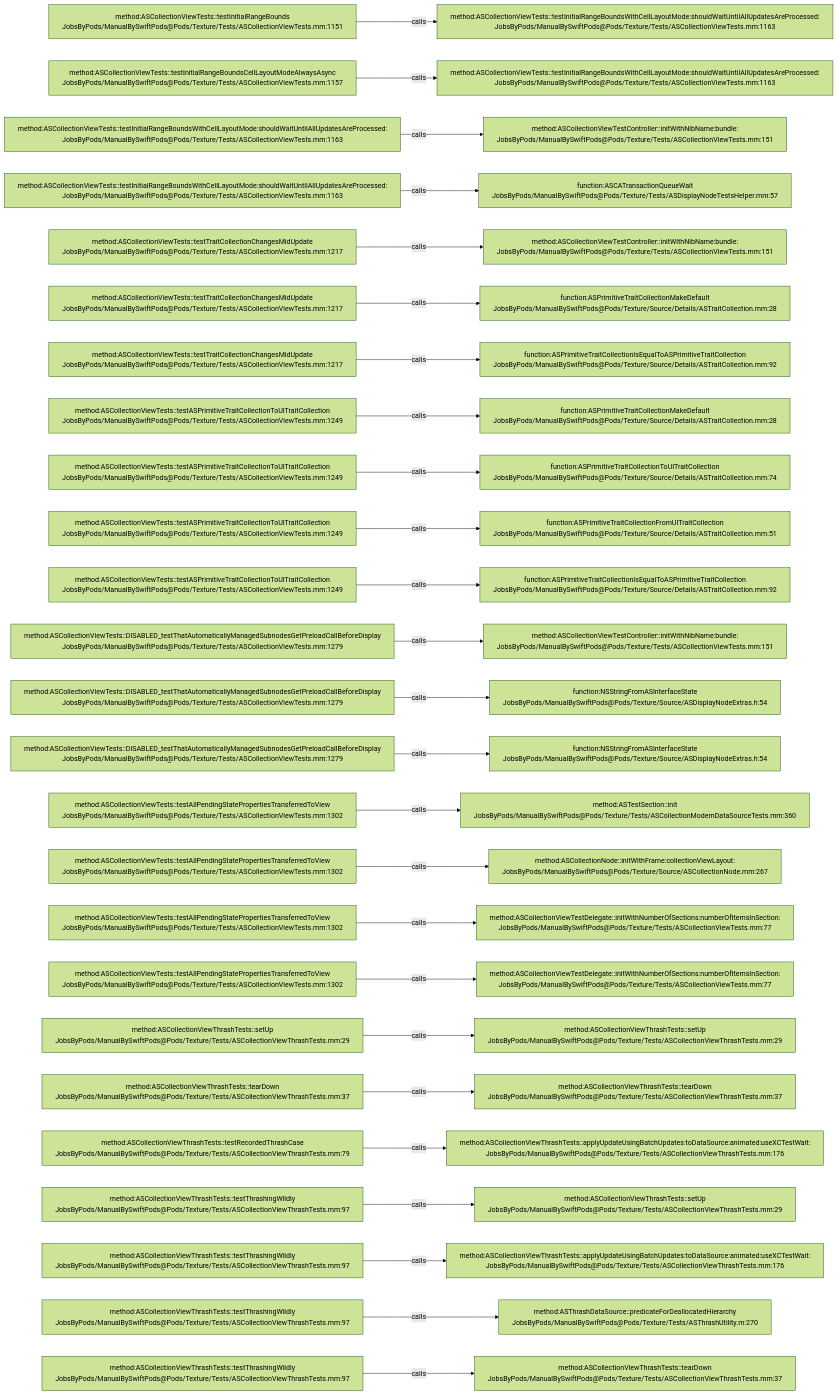
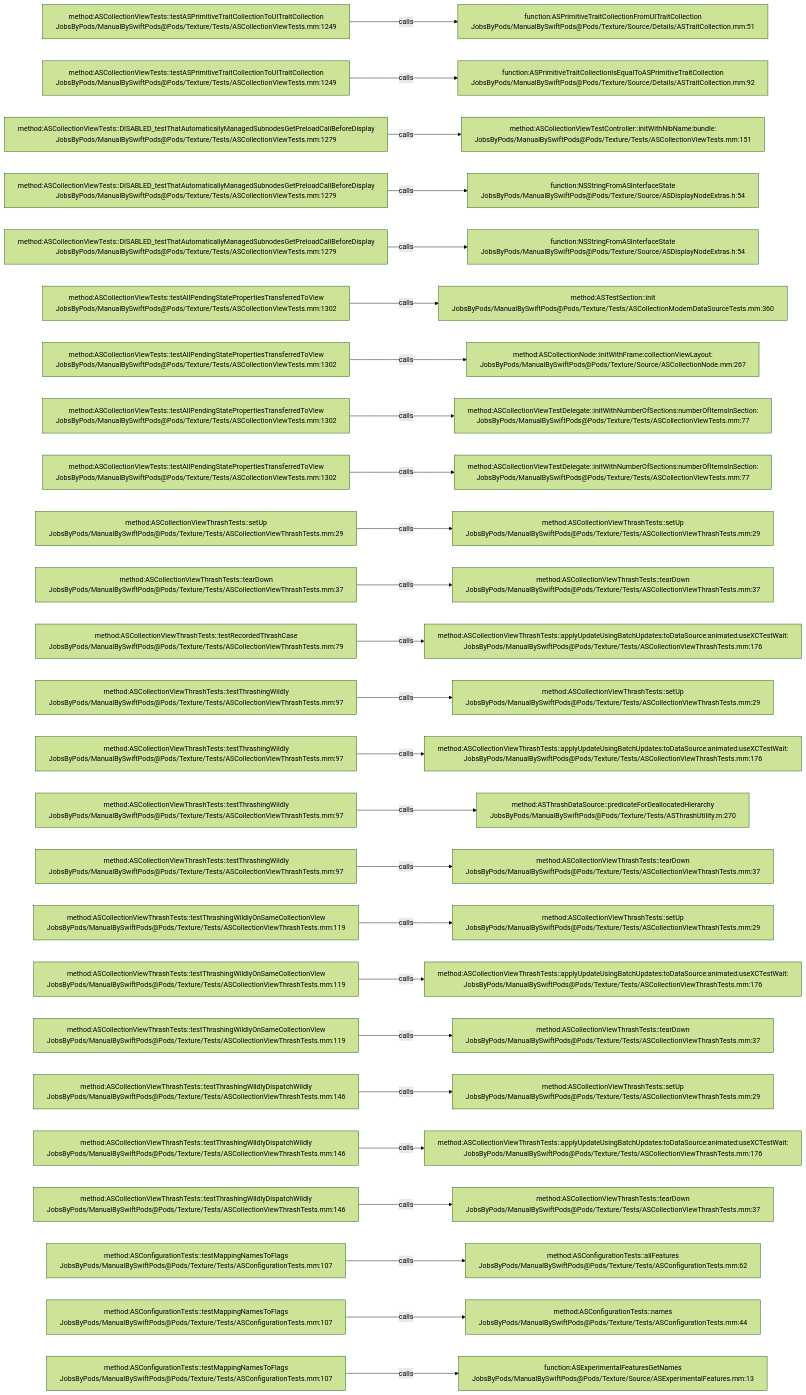
Before and after one commit to JobsKits/JobsSwiftBaseConfigDemo: the diagram in .codegraph/codegraph.md/graphs/calls-174.md, drawn with Mermaid (forest theme). The commit also changed 707 other files, not shown here.

````diff
--- a/.codegraph/codegraph.md/graphs/calls-174.md
+++ b/.codegraph/codegraph.md/graphs/calls-174.md
@@ -13,78 +13,78 @@
 ```mermaid
 flowchart LR
-  S1["method:ASCollectionViewTests::testInitialRangeBounds<br/>JobsByPods/ManualBySwiftPods@Pods/Texture/Tests/ASCollectionViewTests.mm:1151"]
-  T1["method:ASCollectionViewTests::testInitialRangeBoundsWithCellLayoutMode:shouldWaitUntilAllUpdatesAreProcessed:<br/>JobsByPods/ManualBySwiftPods@Pods/Texture/Tests/ASCollectionViewTests.mm:1163"]
+  S1["method:ASCollectionViewTests::testASPrimitiveTraitCollectionToUITraitCollection<br/>JobsByPods/ManualBySwiftPods@Pods/Texture/Tests/ASCollectionViewTests.mm:1249"]
+  T1["function:ASPrimitiveTraitCollectionFromUITraitCollection<br/>JobsByPods/ManualBySwiftPods@Pods/Texture/Source/Details/ASTraitCollection.mm:51"]
   S1 -->|calls| T1
-  S2["method:ASCollectionViewTests::testInitialRangeBoundsCellLayoutModeAlwaysAsync<br/>JobsByPods/ManualBySwiftPods@Pods/Texture/Tests/ASCollectionViewTests.mm:1157"]
-  T2["method:ASCollectionViewTests::testInitialRangeBoundsWithCellLayoutMode:shouldWaitUntilAllUpdatesAreProcessed:<br/>JobsByPods/ManualBySwiftPods@Pods/Texture/Tests/ASCollectionViewTests.mm:1163"]
+  S2["method:ASCollectionViewTests::testASPrimitiveTraitCollectionToUITraitCollection<br/>JobsByPods/ManualBySwiftPods@Pods/Texture/Tests/ASCollectionViewTests.mm:1249"]
+  T2["function:ASPrimitiveTraitCollectionIsEqualToASPrimitiveTraitCollection<br/>JobsByPods/ManualBySwiftPods@Pods/Texture/Source/Details/ASTraitCollection.mm:92"]
   S2 -->|calls| T2
-  S3["method:ASCollectionViewTests::testInitialRangeBoundsWithCellLayoutMode:shouldWaitUntilAllUpdatesAreProcessed:<br/>JobsByPods/ManualBySwiftPods@Pods/Texture/Tests/ASCollectionViewTests.mm:1163"]
+  S3["method:ASCollectionViewTests::DISABLED_testThatAutomaticallyManagedSubnodesGetPreloadCallBeforeDisplay<br/>JobsByPods/ManualBySwiftPods@Pods/Texture/Tests/ASCollectionViewTests.mm:1279"]
   T3["method:ASCollectionViewTestController::initWithNibName:bundle:<br/>JobsByPods/ManualBySwiftPods@Pods/Texture/Tests/ASCollectionViewTests.mm:151"]
   S3 -->|calls| T3
-  S4["method:ASCollectionViewTests::testInitialRangeBoundsWithCellLayoutMode:shouldWaitUntilAllUpdatesAreProcessed:<br/>JobsByPods/ManualBySwiftPods@Pods/Texture/Tests/ASCollectionViewTests.mm:1163"]
-  T4["function:ASCATransactionQueueWait<br/>JobsByPods/ManualBySwiftPods@Pods/Texture/Tests/ASDisplayNodeTestsHelper.mm:57"]
+  S4["method:ASCollectionViewTests::DISABLED_testThatAutomaticallyManagedSubnodesGetPreloadCallBeforeDisplay<br/>JobsByPods/ManualBySwiftPods@Pods/Texture/Tests/ASCollectionViewTests.mm:1279"]
+  T4["function:NSStringFromASInterfaceState<br/>JobsByPods/ManualBySwiftPods@Pods/Texture/Source/ASDisplayNodeExtras.h:54"]
   S4 -->|calls| T4
-  S5["method:ASCollectionViewTests::testTraitCollectionChangesMidUpdate<br/>JobsByPods/ManualBySwiftPods@Pods/Texture/Tests/ASCollectionViewTests.mm:1217"]
-  T5["method:ASCollectionViewTestController::initWithNibName:bundle:<br/>JobsByPods/ManualBySwiftPods@Pods/Texture/Tests/ASCollectionViewTests.mm:151"]
+  S5["method:ASCollectionViewTests::DISABLED_testThatAutomaticallyManagedSubnodesGetPreloadCallBeforeDisplay<br/>JobsByPods/ManualBySwiftPods@Pods/Texture/Tests/ASCollectionViewTests.mm:1279"]
+  T5["function:NSStringFromASInterfaceState<br/>JobsByPods/ManualBySwiftPods@Pods/Texture/Source/ASDisplayNodeExtras.h:54"]
   S5 -->|calls| T5
-  S6["method:ASCollectionViewTests::testTraitCollectionChangesMidUpdate<br/>JobsByPods/ManualBySwiftPods@Pods/Texture/Tests/ASCollectionViewTests.mm:1217"]
-  T6["function:ASPrimitiveTraitCollectionMakeDefault<br/>JobsByPods/ManualBySwiftPods@Pods/Texture/Source/Details/ASTraitCollection.mm:28"]
+  S6["method:ASCollectionViewTests::testAllPendingStatePropertiesTransferredToView<br/>JobsByPods/ManualBySwiftPods@Pods/Texture/Tests/ASCollectionViewTests.mm:1302"]
+  T6["method:ASTestSection::init<br/>JobsByPods/ManualBySwiftPods@Pods/Texture/Tests/ASCollectionModernDataSourceTests.mm:360"]
   S6 -->|calls| T6
-  S7["method:ASCollectionViewTests::testTraitCollectionChangesMidUpdate<br/>JobsByPods/ManualBySwiftPods@Pods/Texture/Tests/ASCollectionViewTests.mm:1217"]
-  T7["function:ASPrimitiveTraitCollectionIsEqualToASPrimitiveTraitCollection<br/>JobsByPods/ManualBySwiftPods@Pods/Texture/Source/Details/ASTraitCollection.mm:92"]
+  S7["method:ASCollectionViewTests::testAllPendingStatePropertiesTransferredToView<br/>JobsByPods/ManualBySwiftPods@Pods/Texture/Tests/ASCollectionViewTests.mm:1302"]
+  T7["method:ASCollectionNode::initWithFrame:collectionViewLayout:<br/>JobsByPods/ManualBySwiftPods@Pods/Texture/Source/ASCollectionNode.mm:267"]
   S7 -->|calls| T7
-  S8["method:ASCollectionViewTests::testASPrimitiveTraitCollectionToUITraitCollection<br/>JobsByPods/ManualBySwiftPods@Pods/Texture/Tests/ASCollectionViewTests.mm:1249"]
-  T8["function:ASPrimitiveTraitCollectionMakeDefault<br/>JobsByPods/ManualBySwiftPods@Pods/Texture/Source/Details/ASTraitCollection.mm:28"]
+  S8["method:ASCollectionViewTests::testAllPendingStatePropertiesTransferredToView<br/>JobsByPods/ManualBySwiftPods@Pods/Texture/Tests/ASCollectionViewTests.mm:1302"]
+  T8["method:ASCollectionViewTestDelegate::initWithNumberOfSections:numberOfItemsInSection:<br/>JobsByPods/ManualBySwiftPods@Pods/Texture/Tests/ASCollectionViewTests.mm:77"]
   S8 -->|calls| T8
-  S9["method:ASCollectionViewTests::testASPrimitiveTraitCollectionToUITraitCollection<br/>JobsByPods/ManualBySwiftPods@Pods/Texture/Tests/ASCollectionViewTests.mm:1249"]
-  T9["function:ASPrimitiveTraitCollectionToUITraitCollection<br/>JobsByPods/ManualBySwiftPods@Pods/Texture/Source/Details/ASTraitCollection.mm:74"]
+  S9["method:ASCollectionViewTests::testAllPendingStatePropertiesTransferredToView<br/>JobsByPods/ManualBySwiftPods@Pods/Texture/Tests/ASCollectionViewTests.mm:1302"]
+  T9["method:ASCollectionViewTestDelegate::initWithNumberOfSections:numberOfItemsInSection:<br/>JobsByPods/ManualBySwiftPods@Pods/Texture/Tests/ASCollectionViewTests.mm:77"]
   S9 -->|calls| T9
-  S10["method:ASCollectionViewTests::testASPrimitiveTraitCollectionToUITraitCollection<br/>JobsByPods/ManualBySwiftPods@Pods/Texture/Tests/ASCollectionViewTests.mm:1249"]
-  T10["function:ASPrimitiveTraitCollectionFromUITraitCollection<br/>JobsByPods/ManualBySwiftPods@Pods/Texture/Source/Details/ASTraitCollection.mm:51"]
+  S10["method:ASCollectionViewThrashTests::setUp<br/>JobsByPods/ManualBySwiftPods@Pods/Texture/Tests/ASCollectionViewThrashTests.mm:29"]
+  T10["method:ASCollectionViewThrashTests::setUp<br/>JobsByPods/ManualBySwiftPods@Pods/Texture/Tests/ASCollectionViewThrashTests.mm:29"]
   S10 -->|calls| T10
-  S11["method:ASCollectionViewTests::testASPrimitiveTraitCollectionToUITraitCollection<br/>JobsByPods/ManualBySwiftPods@Pods/Texture/Tests/ASCollectionViewTests.mm:1249"]
-  T11["function:ASPrimitiveTraitCollectionIsEqualToASPrimitiveTraitCollection<br/>JobsByPods/ManualBySwiftPods@Pods/Texture/Source/Details/ASTraitCollection.mm:92"]
+  S11["method:ASCollectionViewThrashTests::tearDown<br/>JobsByPods/ManualBySwiftPods@Pods/Texture/Tests/ASCollectionViewThrashTests.mm:37"]
+  T11["method:ASCollectionViewThrashTests::tearDown<br/>JobsByPods/ManualBySwiftPods@Pods/Texture/Tests/ASCollectionViewThrashTests.mm:37"]
   S11 -->|calls| T11
-  S12["method:ASCollectionViewTests::DISABLED_testThatAutomaticallyManagedSubnodesGetPreloadCallBeforeDisplay<br/>JobsByPods/ManualBySwiftPods@Pods/Texture/Tests/ASCollectionViewTests.mm:1279"]
-  T12["method:ASCollectionViewTestController::initWithNibName:bundle:<br/>JobsByPods/ManualBySwiftPods@Pods/Texture/Tests/ASCollectionViewTests.mm:151"]
+  S12["method:ASCollectionViewThrashTests::testRecordedThrashCase<br/>JobsByPods/ManualBySwiftPods@Pods/Texture/Tests/ASCollectionViewThrashTests.mm:79"]
+  T12["method:ASCollectionViewThrashTests::applyUpdateUsingBatchUpdates:toDataSource:animated:useXCTestWait:<br/>JobsByPods/ManualBySwiftPods@Pods/Texture/Tests/ASCollectionViewThrashTests.mm:176"]
   S12 -->|calls| T12
-  S13["method:ASCollectionViewTests::DISABLED_testThatAutomaticallyManagedSubnodesGetPreloadCallBeforeDisplay<br/>JobsByPods/ManualBySwiftPods@Pods/Texture/Tests/ASCollectionViewTests.mm:1279"]
-  T13["function:NSStringFromASInterfaceState<br/>JobsByPods/ManualBySwiftPods@Pods/Texture/Source/ASDisplayNodeExtras.h:54"]
+  S13["method:ASCollectionViewThrashTests::testThrashingWildly<br/>JobsByPods/ManualBySwiftPods@Pods/Texture/Tests/ASCollectionViewThrashTests.mm:97"]
+  T13["method:ASCollectionViewThrashTests::setUp<br/>JobsByPods/ManualBySwiftPods@Pods/Texture/Tests/ASCollectionViewThrashTests.mm:29"]
   S13 -->|calls| T13
-  S14["method:ASCollectionViewTests::DISABLED_testThatAutomaticallyManagedSubnodesGetPreloadCallBeforeDisplay<br/>JobsByPods/ManualBySwiftPods@Pods/Texture/Tests/ASCollectionViewTests.mm:1279"]
-  T14["function:NSStringFromASInterfaceState<br/>JobsByPods/ManualBySwiftPods@Pods/Texture/Source/ASDisplayNodeExtras.h:54"]
+  S14["method:ASCollectionViewThrashTests::testThrashingWildly<br/>JobsByPods/ManualBySwiftPods@Pods/Texture/Tests/ASCollectionViewThrashTests.mm:97"]
+  T14["method:ASCollectionViewThrashTests::applyUpdateUsingBatchUpdates:toDataSource:animated:useXCTestWait:<br/>JobsByPods/ManualBySwiftPods@Pods/Texture/Tests/ASCollectionViewThrashTests.mm:176"]
   S14 -->|calls| T14
-  S15["method:ASCollectionViewTests::testAllPendingStatePropertiesTransferredToView<br/>JobsByPods/ManualBySwiftPods@Pods/Texture/Tests/ASCollectionViewTests.mm:1302"]
-  T15["method:ASTestSection::init<br/>JobsByPods/ManualBySwiftPods@Pods/Texture/Tests/ASCollectionModernDataSourceTests.mm:360"]
+  S15["method:ASCollectionViewThrashTests::testThrashingWildly<br/>JobsByPods/ManualBySwiftPods@Pods/Texture/Tests/ASCollectionViewThrashTests.mm:97"]
+  T15["method:ASThrashDataSource::predicateForDeallocatedHierarchy<br/>JobsByPods/ManualBySwiftPods@Pods/Texture/Tests/ASThrashUtility.m:270"]
   S15 -->|calls| T15
-  S16["method:ASCollectionViewTests::testAllPendingStatePropertiesTransferredToView<br/>JobsByPods/ManualBySwiftPods@Pods/Texture/Tests/ASCollectionViewTests.mm:1302"]
-  T16["method:ASCollectionNode::initWithFrame:collectionViewLayout:<br/>JobsByPods/ManualBySwiftPods@Pods/Texture/Source/ASCollectionNode.mm:267"]
+  S16["method:ASCollectionViewThrashTests::testThrashingWildly<br/>JobsByPods/ManualBySwiftPods@Pods/Texture/Tests/ASCollectionViewThrashTests.mm:97"]
+  T16["method:ASCollectionViewThrashTests::tearDown<br/>JobsByPods/ManualBySwiftPods@Pods/Texture/Tests/ASCollectionViewThrashTests.mm:37"]
   S16 -->|calls| T16
-  S17["method:ASCollectionViewTests::testAllPendingStatePropertiesTransferredToView<br/>JobsByPods/ManualBySwiftPods@Pods/Texture/Tests/ASCollectionViewTests.mm:1302"]
-  T17["method:ASCollectionViewTestDelegate::initWithNumberOfSections:numberOfItemsInSection:<br/>JobsByPods/ManualBySwiftPods@Pods/Texture/Tests/ASCollectionViewTests.mm:77"]
+  S17["method:ASCollectionViewThrashTests::testThrashingWildlyOnSameCollectionView<br/>JobsByPods/ManualBySwiftPods@Pods/Texture/Tests/ASCollectionViewThrashTests.mm:119"]
+  T17["method:ASCollectionViewThrashTests::setUp<br/>JobsByPods/ManualBySwiftPods@Pods/Texture/Tests/ASCollectionViewThrashTests.mm:29"]
   S17 -->|calls| T17
-  S18["method:ASCollectionViewTests::testAllPendingStatePropertiesTransferredToView<br/>JobsByPods/ManualBySwiftPods@Pods/Texture/Tests/ASCollectionViewTests.mm:1302"]
-  T18["method:ASCollectionViewTestDelegate::initWithNumberOfSections:numberOfItemsInSection:<br/>JobsByPods/ManualBySwiftPods@Pods/Texture/Tests/ASCollectionViewTests.mm:77"]
+  S18["method:ASCollectionViewThrashTests::testThrashingWildlyOnSameCollectionView<br/>JobsByPods/ManualBySwiftPods@Pods/Texture/Tests/ASCollectionViewThrashTests.mm:119"]
+  T18["method:ASCollectionViewThrashTests::applyUpdateUsingBatchUpdates:toDataSource:animated:useXCTestWait:<br/>JobsByPods/ManualBySwiftPods@Pods/Texture/Tests/ASCollectionViewThrashTests.mm:176"]
   S18 -->|calls| T18
-  S19["method:ASCollectionViewThrashTests::setUp<br/>JobsByPods/ManualBySwiftPods@Pods/Texture/Tests/ASCollectionViewThrashTests.mm:29"]
-  T19["method:ASCollectionViewThrashTests::setUp<br/>JobsByPods/ManualBySwiftPods@Pods/Texture/Tests/ASCollectionViewThrashTests.mm:29"]
+  S19["method:ASCollectionViewThrashTests::testThrashingWildlyOnSameCollectionView<br/>JobsByPods/ManualBySwiftPods@Pods/Texture/Tests/ASCollectionViewThrashTests.mm:119"]
+  T19["method:ASCollectionViewThrashTests::tearDown<br/>JobsByPods/ManualBySwiftPods@Pods/Texture/Tests/ASCollectionViewThrashTests.mm:37"]
   S19 -->|calls| T19
-  S20["method:ASCollectionViewThrashTests::tearDown<br/>JobsByPods/ManualBySwiftPods@Pods/Texture/Tests/ASCollectionViewThrashTests.mm:37"]
-  T20["method:ASCollectionViewThrashTests::tearDown<br/>JobsByPods/ManualBySwiftPods@Pods/Texture/Tests/ASCollectionViewThrashTests.mm:37"]
+  S20["method:ASCollectionViewThrashTests::testThrashingWildlyDispatchWildly<br/>JobsByPods/ManualBySwiftPods@Pods/Texture/Tests/ASCollectionViewThrashTests.mm:146"]
+  T20["method:ASCollectionViewThrashTests::setUp<br/>JobsByPods/ManualBySwiftPods@Pods/Texture/Tests/ASCollectionViewThrashTests.mm:29"]
   S20 -->|calls| T20
-  S21["method:ASCollectionViewThrashTests::testRecordedThrashCase<br/>JobsByPods/ManualBySwiftPods@Pods/Texture/Tests/ASCollectionViewThrashTests.mm:79"]
+  S21["method:ASCollectionViewThrashTests::testThrashingWildlyDispatchWildly<br/>JobsByPods/ManualBySwiftPods@Pods/Texture/Tests/ASCollectionViewThrashTests.mm:146"]
   T21["method:ASCollectionViewThrashTests::applyUpdateUsingBatchUpdates:toDataSource:animated:useXCTestWait:<br/>JobsByPods/ManualBySwiftPods@Pods/Texture/Tests/ASCollectionViewThrashTests.mm:176"]
   S21 -->|calls| T21
-  S22["method:ASCollectionViewThrashTests::testThrashingWildly<br/>JobsByPods/ManualBySwiftPods@Pods/Texture/Tests/ASCollectionViewThrashTests.mm:97"]
-  T22["method:ASCollectionViewThrashTests::setUp<br/>JobsByPods/ManualBySwiftPods@Pods/Texture/Tests/ASCollectionViewThrashTests.mm:29"]
+  S22["method:ASCollectionViewThrashTests::testThrashingWildlyDispatchWildly<br/>JobsByPods/ManualBySwiftPods@Pods/Texture/Tests/ASCollectionViewThrashTests.mm:146"]
+  T22["method:ASCollectionViewThrashTests::tearDown<br/>JobsByPods/ManualBySwiftPods@Pods/Texture/Tests/ASCollectionViewThrashTests.mm:37"]
   S22 -->|calls| T22
-  S23["method:ASCollectionViewThrashTests::testThrashingWildly<br/>JobsByPods/ManualBySwiftPods@Pods/Texture/Tests/ASCollectionViewThrashTests.mm:97"]
-  T23["method:ASCollectionViewThrashTests::applyUpdateUsingBatchUpdates:toDataSource:animated:useXCTestWait:<br/>JobsByPods/ManualBySwiftPods@Pods/Texture/Tests/ASCollectionViewThrashTests.mm:176"]
+  S23["method:ASConfigurationTests::testMappingNamesToFlags<br/>JobsByPods/ManualBySwiftPods@Pods/Texture/Tests/ASConfigurationTests.mm:107"]
+  T23["method:ASConfigurationTests::allFeatures<br/>JobsByPods/ManualBySwiftPods@Pods/Texture/Tests/ASConfigurationTests.mm:62"]
   S23 -->|calls| T23
-  S24["method:ASCollectionViewThrashTests::testThrashingWildly<br/>JobsByPods/ManualBySwiftPods@Pods/Texture/Tests/ASCollectionViewThrashTests.mm:97"]
-  T24["method:ASThrashDataSource::predicateForDeallocatedHierarchy<br/>JobsByPods/ManualBySwiftPods@Pods/Texture/Tests/ASThrashUtility.m:270"]
+  S24["method:ASConfigurationTests::testMappingNamesToFlags<br/>JobsByPods/ManualBySwiftPods@Pods/Texture/Tests/ASConfigurationTests.mm:107"]
+  T24["method:ASConfigurationTests::names<br/>JobsByPods/ManualBySwiftPods@Pods/Texture/Tests/ASConfigurationTests.mm:44"]
   S24 -->|calls| T24
-  S25["method:ASCollectionViewThrashTests::testThrashingWildly<br/>JobsByPods/ManualBySwiftPods@Pods/Texture/Tests/ASCollectionViewThrashTests.mm:97"]
-  T25["method:ASCollectionViewThrashTests::tearDown<br/>JobsByPods/ManualBySwiftPods@Pods/Texture/Tests/ASCollectionViewThrashTests.mm:37"]
+  S25["method:ASConfigurationTests::testMappingNamesToFlags<br/>JobsByPods/ManualBySwiftPods@Pods/Texture/Tests/ASConfigurationTests.mm:107"]
+  T25["function:ASExperimentalFeaturesGetNames<br/>JobsByPods/ManualBySwiftPods@Pods/Texture/Source/ASExperimentalFeatures.mm:13"]
   S25 -->|calls| T25
 ```
````
